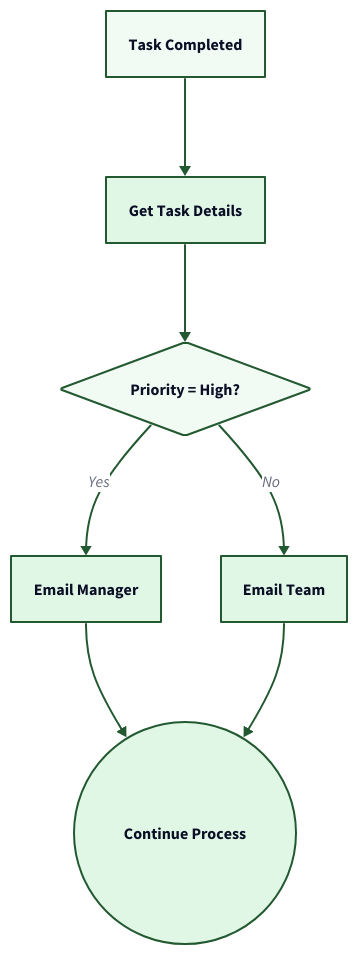
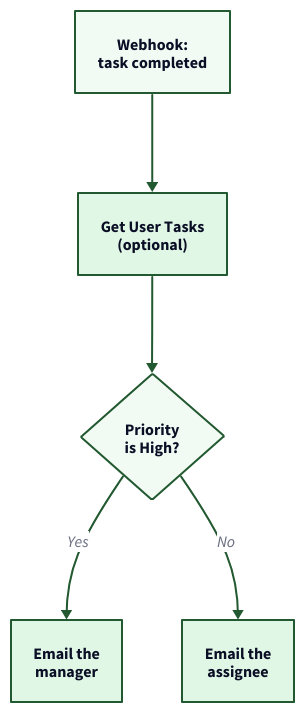
One commit to tallyfy/documentation changed the diagram in src/content/docs/pro/integrations/middleware/power-automate/using-conditional-logic-in-power-automate.mdx. Above: the diagram before and after it, drawn with D2. The commit also changed 12 other files, not shown here.

First line of the commit message:
Redraw 14 diagrams on 13 help pages so their text reads at full size

````diff
--- a/src/content/docs/pro/integrations/middleware/power-automate/using-conditional-logic-in-power-automate.mdx
+++ b/src/content/docs/pro/integrations/middleware/power-automate/using-conditional-logic-in-power-automate.mdx
@@ -80,59 +80,47 @@
 ```d2
+# Power Automate flow: email based on task priority
 direction: down
 
 # Start
-Trigger: Task Completed {
+Trigger: "Webhook:\ntask completed" {
   style.fill: "#f2faf4"
   style.stroke: "#225930"
 }
 
 # Actions
-GetDetails: Get Task Details {
+GetDetails: "Get User Tasks\n(optional)" {
   style.fill: "#e1f7e6"
   style.stroke: "#225930"
 }
 
-EmailManager: Email Manager {
+EmailManager: "Email the\nmanager" {
   style.fill: "#e1f7e6"
   style.stroke: "#225930"
 }
 
-EmailRegular: Email Team {
+EmailRegular: "Email the\nassignee" {
   style.fill: "#e1f7e6"
   style.stroke: "#225930"
 }
 
 # Decision
-Check: Priority = High? {
+Check: "Priority\nis High?" {
   shape: diamond
   style.fill: "#f2faf4"
-  style.stroke: "#225930"
-}
-
-# End
-End: Continue Process {
-  shape: circle
-  style.fill: "#e1f7e6"
   style.stroke: "#225930"
 }
 
 # Flow connections
 Trigger -> GetDetails {
   style.stroke: "#225930"
 }
 GetDetails -> Check {
   style.stroke: "#225930"
 }
 Check -> EmailManager: Yes {
   style.stroke: "#225930"
 }
 Check -> EmailRegular: No {
   style.stroke: "#225930"
 }
-EmailManager -> End {
-  style.stroke: "#225930"
-}
-EmailRegular -> End {
-  style.stroke: "#225930"
-}
 ```
````
